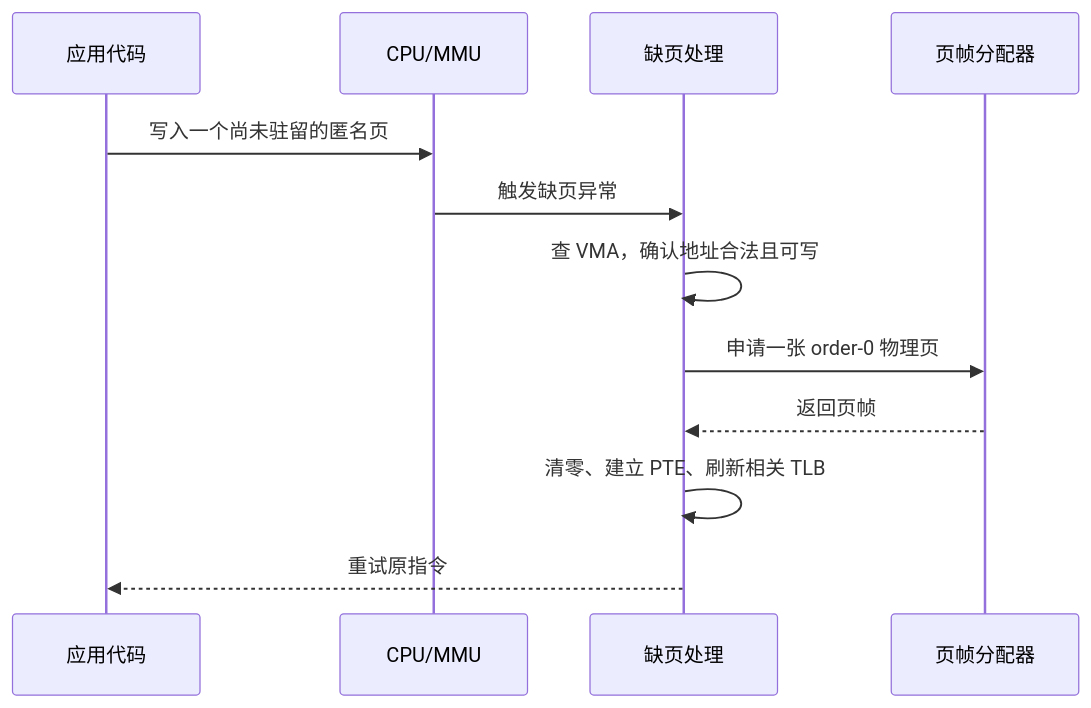
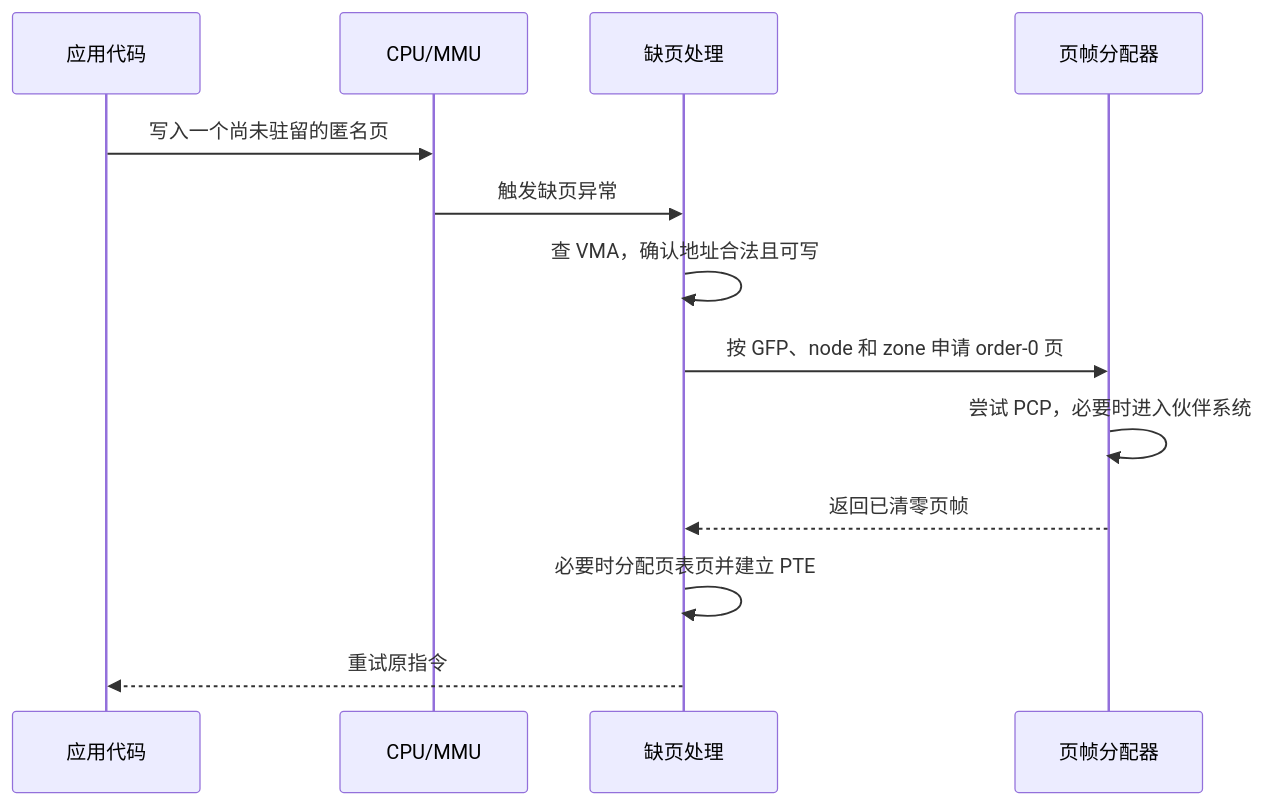
One commit to lilhammerfun/hands-on-os changed the diagram in course/memory/04-kernel-memory.md. Above: the diagram before and after it, drawn with Mermaid. The commit also changed other lines of this file and 44 other files, not shown here.

````diff
--- a/course/memory/04-kernel-memory.md
+++ b/course/memory/04-kernel-memory.md
@@ -42,15 +60,16 @@
 ```mermaid
 sequenceDiagram
     participant App as 应用代码
     participant CPU as CPU/MMU
     participant Fault as 缺页处理
-    participant Buddy as 页帧分配器
+    participant Alloc as 页帧分配器
 
     App->>CPU: 写入一个尚未驻留的匿名页
     CPU->>Fault: 触发缺页异常
     Fault->>Fault: 查 VMA，确认地址合法且可写
-    Fault->>Buddy: 申请一张 order-0 物理页
-    Buddy-->>Fault: 返回页帧
-    Fault->>Fault: 清零、建立 PTE、刷新相关 TLB
+    Fault->>Alloc: 按 GFP、node 和 zone 申请 order-0 页
+    Alloc->>Alloc: 尝试 PCP，必要时进入伙伴系统
+    Alloc-->>Fault: 返回已清零页帧
+    Fault->>Fault: 必要时分配页表页并建立 PTE
     Fault-->>App: 重试原指令
 ```
````
